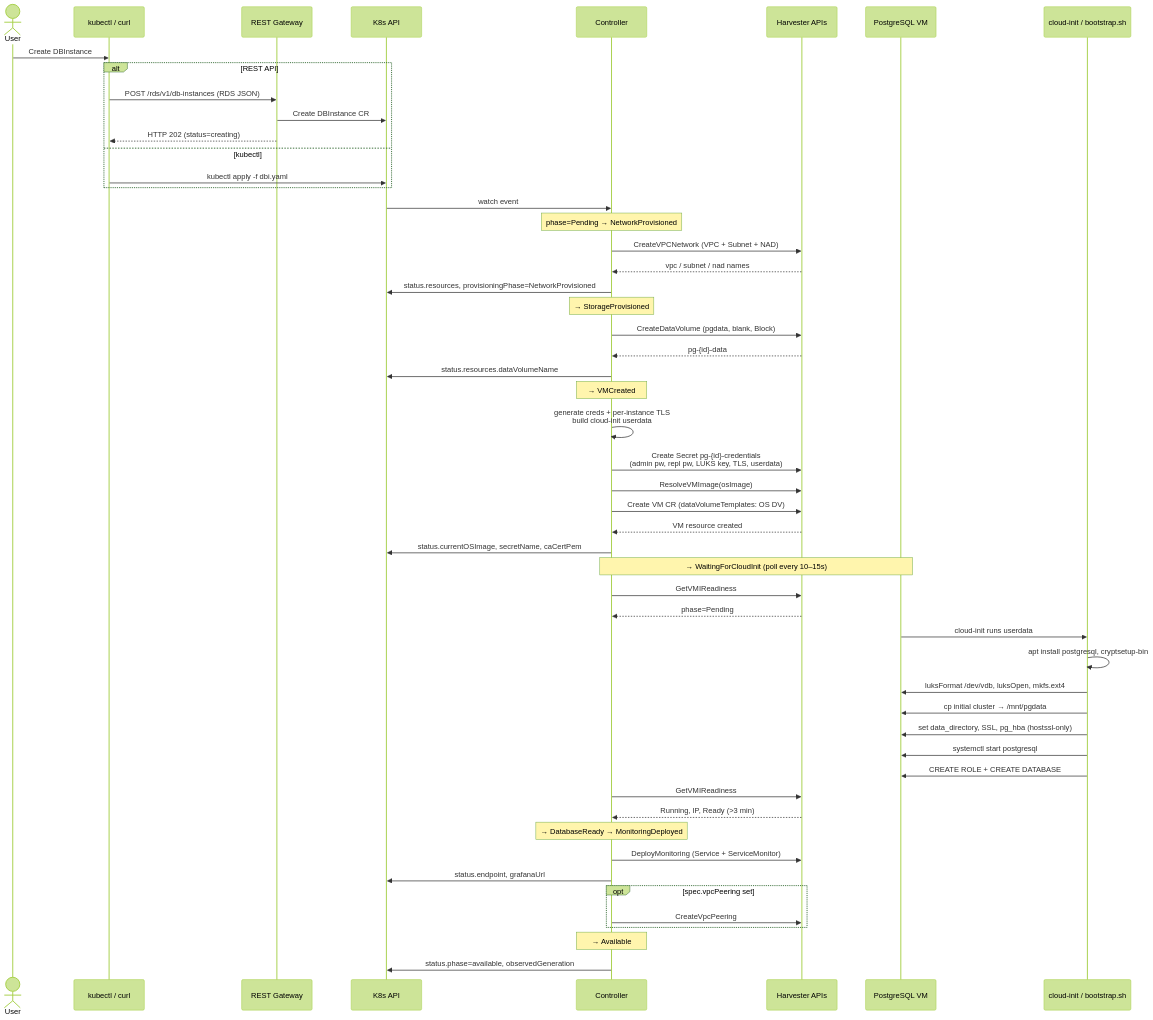
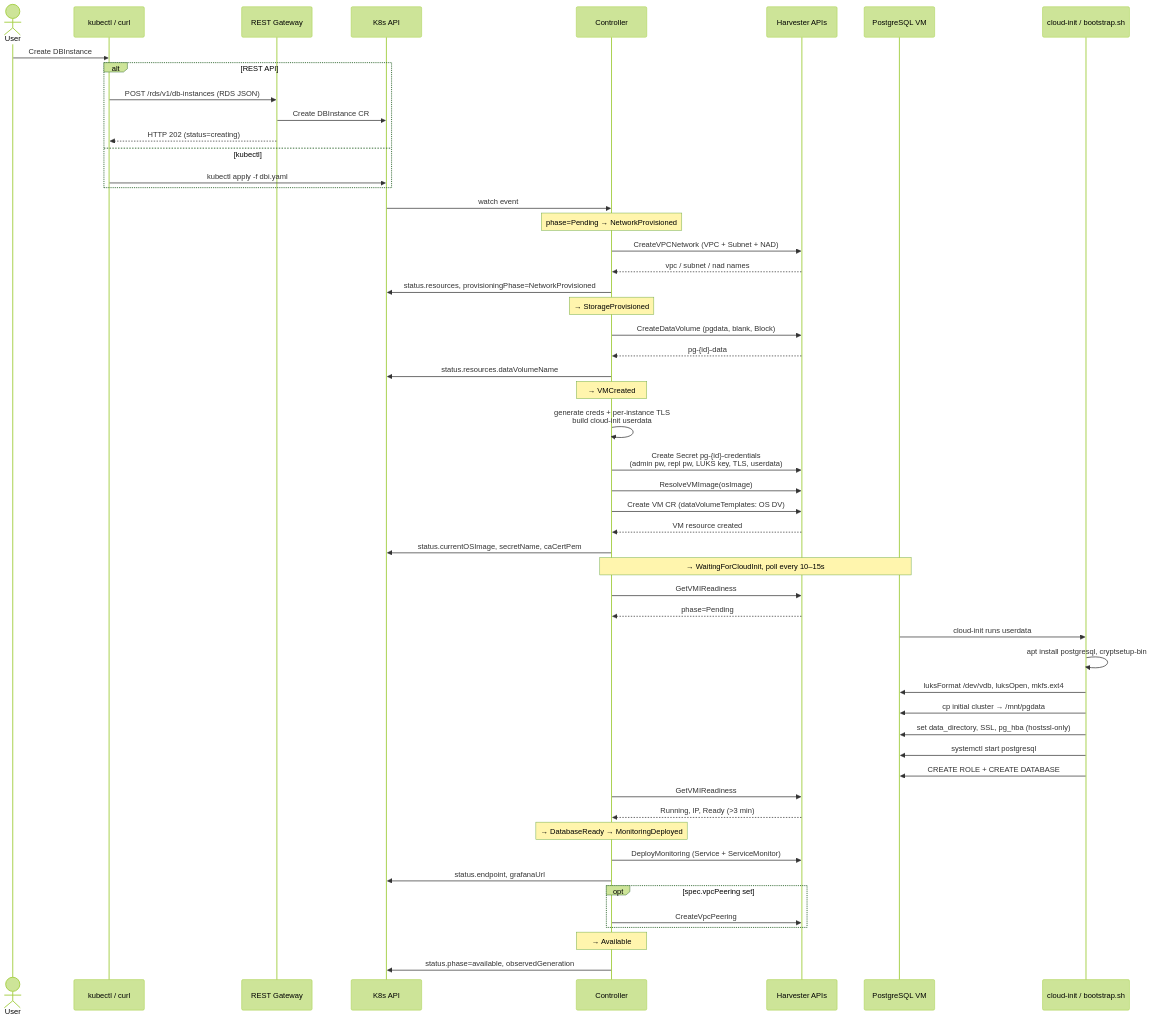
Before and after one commit to gnudeep/ocd-dbaas: the first of 8 diagrams in docs/interactions.md, drawn with Mermaid (forest theme). The commit also changed other lines of this file, not shown here.

First line of the commit message:
Strip parens and semicolons from Mermaid Note text

````diff
--- a/docs/interactions.md
+++ b/docs/interactions.md
@@ -36,63 +36,63 @@
 ```mermaid
 sequenceDiagram
     actor User
     participant CLI as kubectl / curl
     participant GW as REST Gateway
     participant API as K8s API
     participant CTL as Controller
     participant H as Harvester APIs
     participant VM as PostgreSQL VM
     participant CI as cloud-init / bootstrap.sh
 
     User->>CLI: Create DBInstance
     alt REST API
         CLI->>GW: POST /rds/v1/db-instances (RDS JSON)
         GW->>API: Create DBInstance CR
         GW-->>CLI: HTTP 202 (status=creating)
     else kubectl
         CLI->>API: kubectl apply -f dbi.yaml
     end
 
     API->>CTL: watch event
     Note over CTL: phase=Pending → NetworkProvisioned
     CTL->>H: CreateVPCNetwork (VPC + Subnet + NAD)
     H-->>CTL: vpc / subnet / nad names
     CTL->>API: status.resources, provisioningPhase=NetworkProvisioned
 
     Note over CTL: → StorageProvisioned
     CTL->>H: CreateDataVolume (pgdata, blank, Block)
     H-->>CTL: pg-{id}-data
     CTL->>API: status.resources.dataVolumeName
 
     Note over CTL: → VMCreated
     CTL->>CTL: generate creds + per-instance TLS<br/>build cloud-init userdata
     CTL->>H: Create Secret pg-{id}-credentials<br/>(admin pw, repl pw, LUKS key, TLS, userdata)
     CTL->>H: ResolveVMImage(osImage)
     CTL->>H: Create VM CR (dataVolumeTemplates: OS DV)
     H-->>CTL: VM resource created
     CTL->>API: status.currentOSImage, secretName, caCertPem
 
-    Note over CTL,VM: → WaitingForCloudInit (poll every 10–15s)
+    Note over CTL,VM: → WaitingForCloudInit, poll every 10–15s
     CTL->>H: GetVMIReadiness
     H-->>CTL: phase=Pending
     VM->>CI: cloud-init runs userdata
     CI->>CI: apt install postgresql, cryptsetup-bin
     CI->>VM: luksFormat /dev/vdb, luksOpen, mkfs.ext4
     CI->>VM: cp initial cluster → /mnt/pgdata
     CI->>VM: set data_directory, SSL, pg_hba (hostssl-only)
     CI->>VM: systemctl start postgresql
     CI->>VM: CREATE ROLE + CREATE DATABASE
     CTL->>H: GetVMIReadiness
     H-->>CTL: Running, IP, Ready (>3 min)
 
     Note over CTL: → DatabaseReady → MonitoringDeployed
     CTL->>H: DeployMonitoring (Service + ServiceMonitor)
     CTL->>API: status.endpoint, grafanaUrl
 
     opt spec.vpcPeering set
         CTL->>H: CreateVpcPeering
     end
 
     Note over CTL: → Available
     CTL->>API: status.phase=available, observedGeneration
 ```
````
